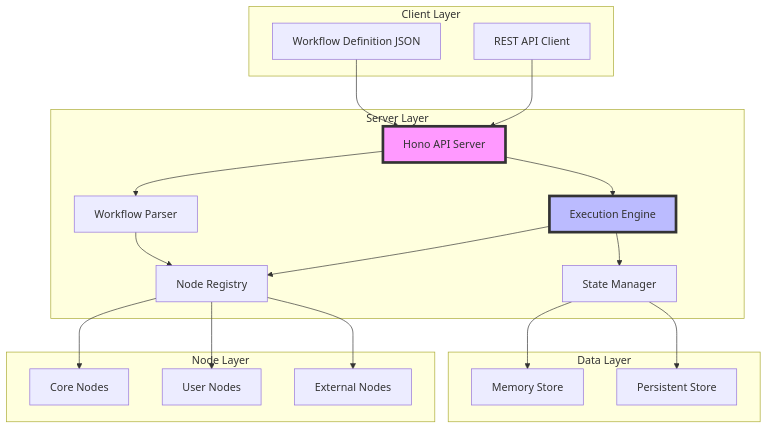
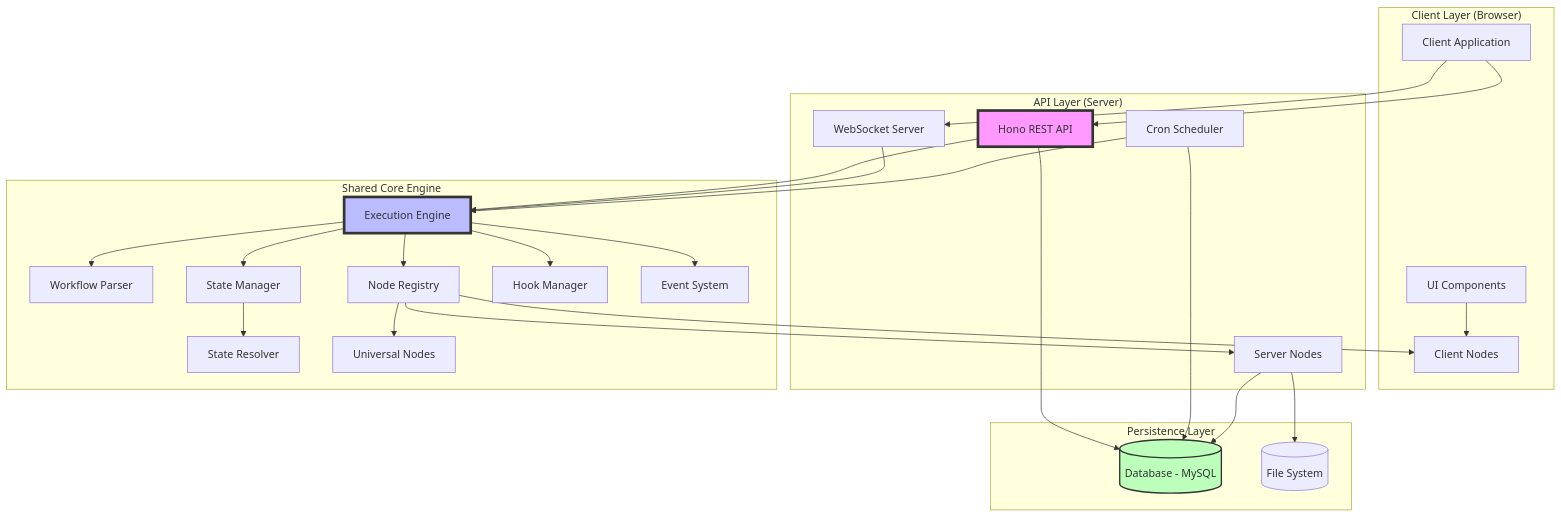
The first of 3 diagrams in .kiro/specs/json-workflow-engine/design.md (Narcis13/workscript), drawn with Mermaid before and after one commit. The commit also changed other lines of this file and 26 other files, not shown here.

````diff
--- a/.kiro/specs/json-workflow-engine/design.md
+++ b/.kiro/specs/json-workflow-engine/design.md
@@ -70,42 +103,59 @@
 ```mermaid
 graph TB
-    subgraph "Client Layer"
-        WD[Workflow Definition JSON]
-        API[REST API Client]
+    subgraph "Client Layer (Browser)"
+        CL[Client Application]
+        CLUI[UI Components]
+        CLNODES[Client Nodes]
     end
-    
-    subgraph "Server Layer"
-        HAPI[Hono API Server]
+
+    subgraph "API Layer (Server)"
+        API[Hono REST API]
+        WS[WebSocket Server]
+        CRON[Cron Scheduler]
+        SVNODES[Server Nodes]
+    end
+
+    subgraph "Shared Core Engine"
+        EE[Execution Engine]
         WP[Workflow Parser]
-        EE[Execution Engine]
         NR[Node Registry]
         SM[State Manager]
+        SR[State Resolver]
+        HM[Hook Manager]
+        ES[Event System]
+        UNNODES[Universal Nodes]
     end
-    
-    subgraph "Node Layer"
-        CN[Core Nodes]
-        UN[User Nodes]
-        EN[External Nodes]
+
+    subgraph "Persistence Layer"
+        DB[(Database - MySQL)]
+        FS[(File System)]
     end
-    
-    subgraph "Data Layer"
-        MS[Memory Store]
-        PS[Persistent Store]
-    end
-    
-    WD --> HAPI
-    API --> HAPI
-    HAPI --> WP
-    WP --> NR
-    HAPI --> EE
+
+    CL --> API
+    CL --> WS
+    API --> EE
+    API --> DB
+    WS --> EE
+    CRON --> EE
+    CRON --> DB
+
+    EE --> WP
     EE --> NR
     EE --> SM
-    NR --> CN
-    NR --> UN
-    NR --> EN
-    SM --> MS
-    SM --> PS
-    
-    style HAPI fill:#f9f,stroke:#333,stroke-width:4px
+    EE --> HM
+    SM --> SR
+    EE --> ES
+
+    NR --> UNNODES
+    NR --> SVNODES
+    NR --> CLNODES
+
+    SVNODES --> DB
+    SVNODES --> FS
+
+    CLUI --> CLNODES
+
     style EE fill:#bbf,stroke:#333,stroke-width:4px
+    style API fill:#f9f,stroke:#333,stroke-width:4px
+    style DB fill:#bfb,stroke:#333,stroke-width:2px
 ```
````
